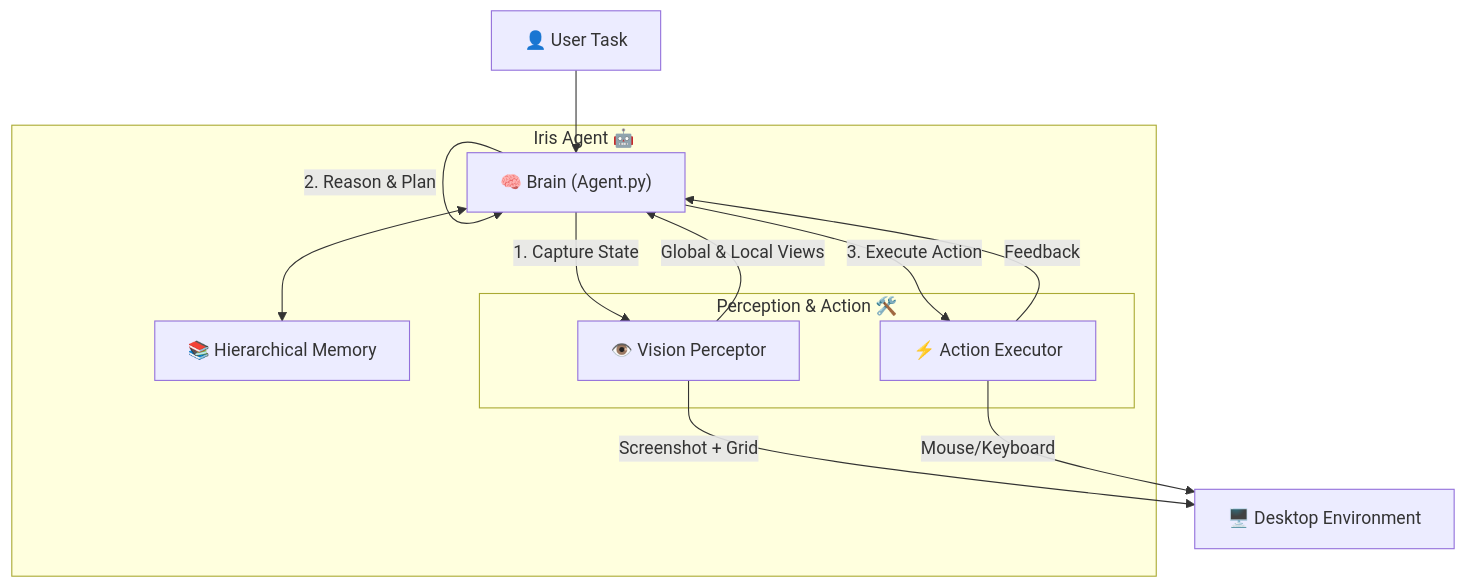
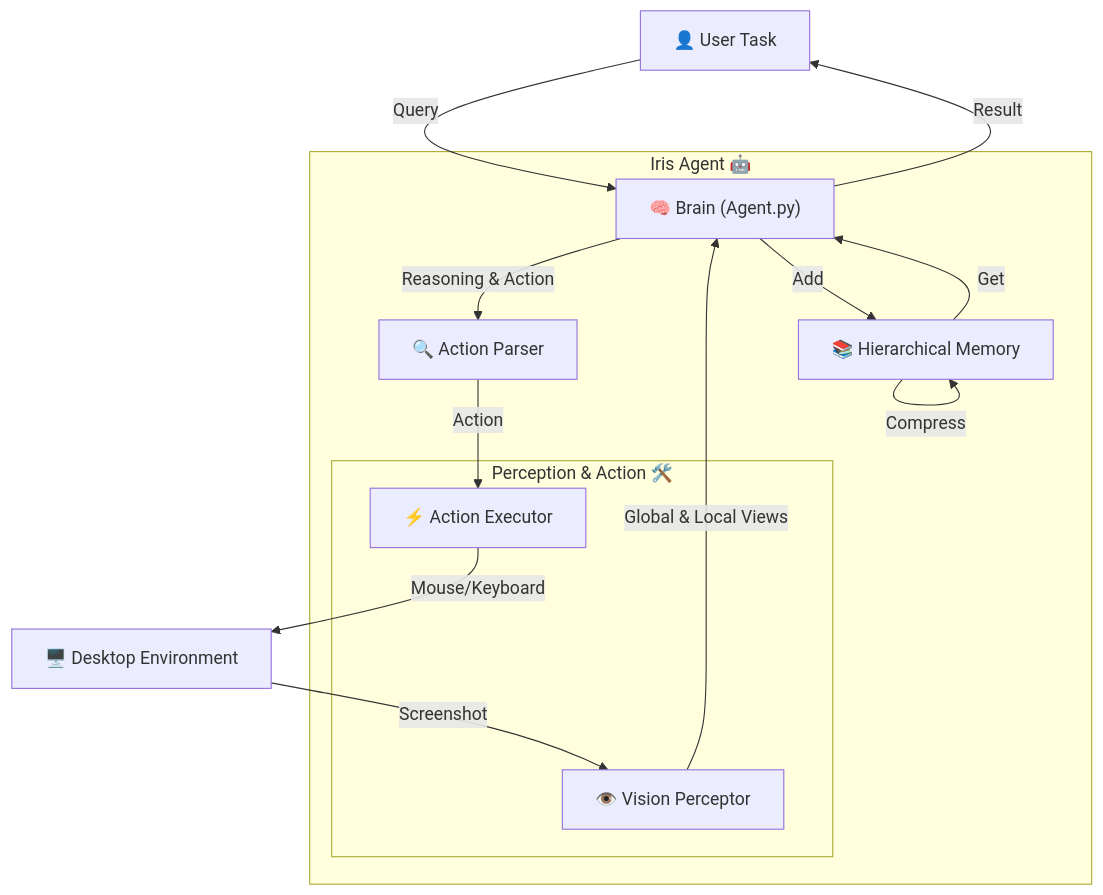
Before and after one commit to black-yt/IrisGUI: the diagram in README.md, drawn with Mermaid.

````diff
--- a/README.md
+++ b/README.md
@@ -46,27 +46,31 @@
 ```mermaid
 graph TD
-    User["👤 User Task"] --> Agent
+    User["👤 User Task"]
     
     subgraph "Iris Agent 🤖"
         Agent["🧠 Brain (Agent.py)"]
+        Parser["🔍 Action Parser"]
         Memory["📚 Hierarchical Memory"]
         
         subgraph "Perception & Action 🛠️"
             Vision["👁️ Vision Perceptor"]
             Executor["⚡ Action Executor"]
         end
     end
-    
+
     Environment["🖥️ Desktop Environment"]
     
-    Agent <--> Memory
-    Agent -- "1. Capture State" --> Vision
-    Vision -- "Screenshot + Grid" --> Environment
+    User -- "Query" --> Agent
+    Agent -- "Result" --> User
+    
+    Agent -- "Add" --> Memory
+    Memory -- "Get" --> Agent
+
+    Memory -- "Compress" --> Memory
+
+    Agent -- "Reasoning & Action" --> Parser
+    Parser -- "Action" --> Executor
+    Executor -- "Mouse/Keyboard" --> Environment
+    Environment -- "Screenshot" --> Vision
     Vision -- "Global & Local Views" --> Agent
-    
-    Agent -- "2. Reason & Plan" --> Agent
-    
-    Agent -- "3. Execute Action" --> Executor
-    Executor -- "Mouse/Keyboard" --> Environment
-    Executor -- "Feedback" --> Agent
 ```
````
